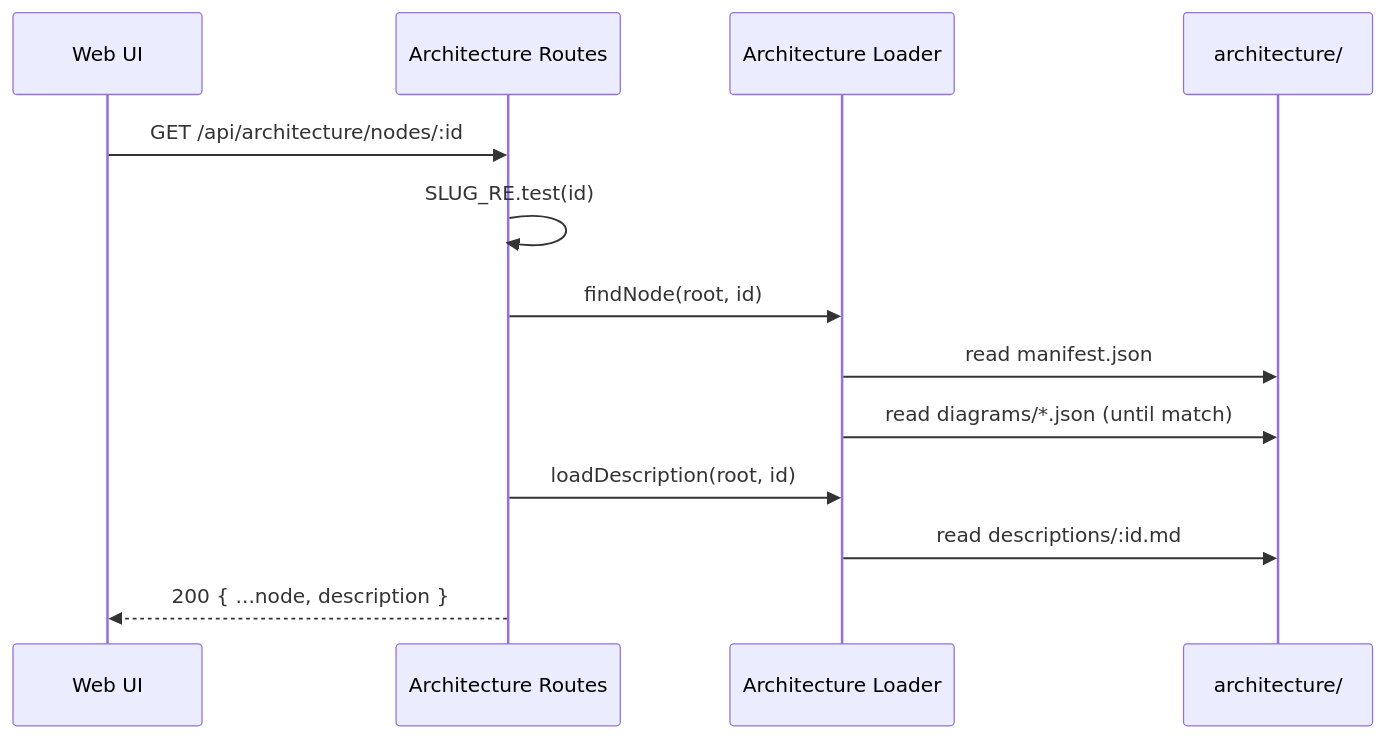
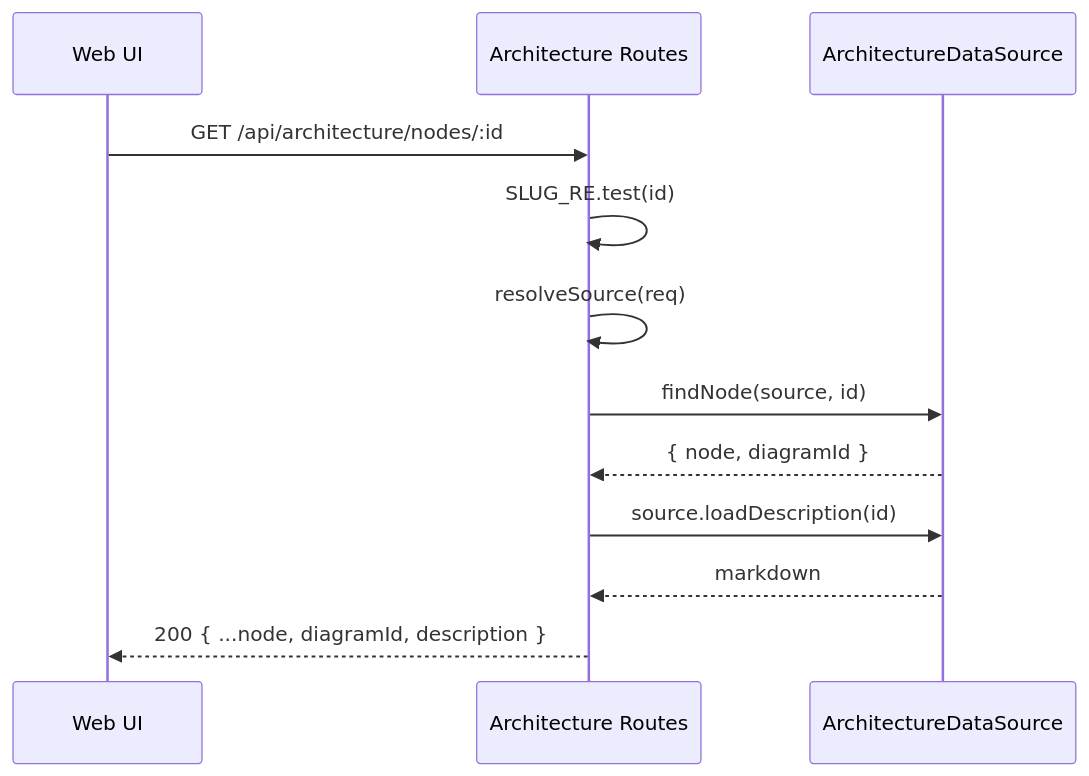
Before and after one commit to tecture-io/tecture: the diagram in architecture/descriptions/architecture-routes.md, drawn with Mermaid. The commit also changed other lines of this file and 20 other files, not shown here.

````diff
--- a/architecture/descriptions/architecture-routes.md
+++ b/architecture/descriptions/architecture-routes.md
@@ -12,15 +11,14 @@
 ```mermaid
 sequenceDiagram
   participant Web as Web UI
   participant Routes as Architecture Routes
-  participant Loader as Architecture Loader
-  participant FS as architecture/
+  participant Source as ArchitectureDataSource
   Web->>Routes: GET /api/architecture/nodes/:id
   Routes->>Routes: SLUG_RE.test(id)
-  Routes->>Loader: findNode(root, id)
-  Loader->>FS: read manifest.json
-  Loader->>FS: read diagrams/*.json (until match)
-  Routes->>Loader: loadDescription(root, id)
-  Loader->>FS: read descriptions/:id.md
-  Routes-->>Web: 200 { ...node, description }
+  Routes->>Routes: resolveSource(req)
+  Routes->>Source: findNode(source, id)
+  Source-->>Routes: { node, diagramId }
+  Routes->>Source: source.loadDescription(id)
+  Source-->>Routes: markdown
+  Routes-->>Web: 200 { ...node, diagramId, description }
 ```
````
